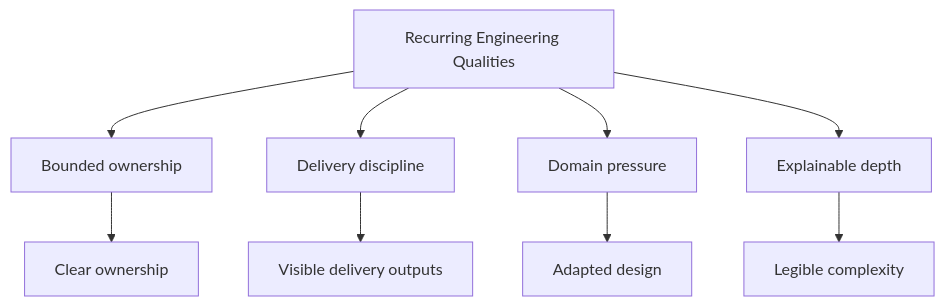
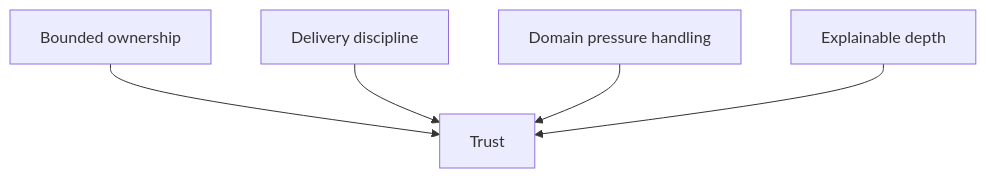
One commit to bijux/bijux.github.io changed the diagram in docs/01-platform/work-qualities/index.md. Above: the diagram before and after it, drawn with Mermaid. The commit also changed other lines of this file and 8 other files, not shown here.

````diff
--- a/docs/01-platform/work-qualities/index.md
+++ b/docs/01-platform/work-qualities/index.md
@@ -18,12 +17,7 @@
 ```mermaid
 graph TD
-    qualities["Recurring Engineering Qualities"] --> bounded["Bounded ownership"]
-    qualities --> inspectable["Delivery discipline"]
-    qualities --> pressure["Domain pressure"]
-    qualities --> depth["Explainable depth"]
-
-    bounded --> ownership["Clear ownership"]
-    inspectable --> outputs["Visible delivery outputs"]
-    pressure --> adaptation["Adapted design"]
-    depth --> complexity["Legible complexity"]
+    bounded["Bounded ownership"] --> trust["Trust"]
+    delivery["Delivery discipline"] --> trust
+    pressure["Domain pressure handling"] --> trust
+    depth["Explainable depth"] --> trust
 ```
````
